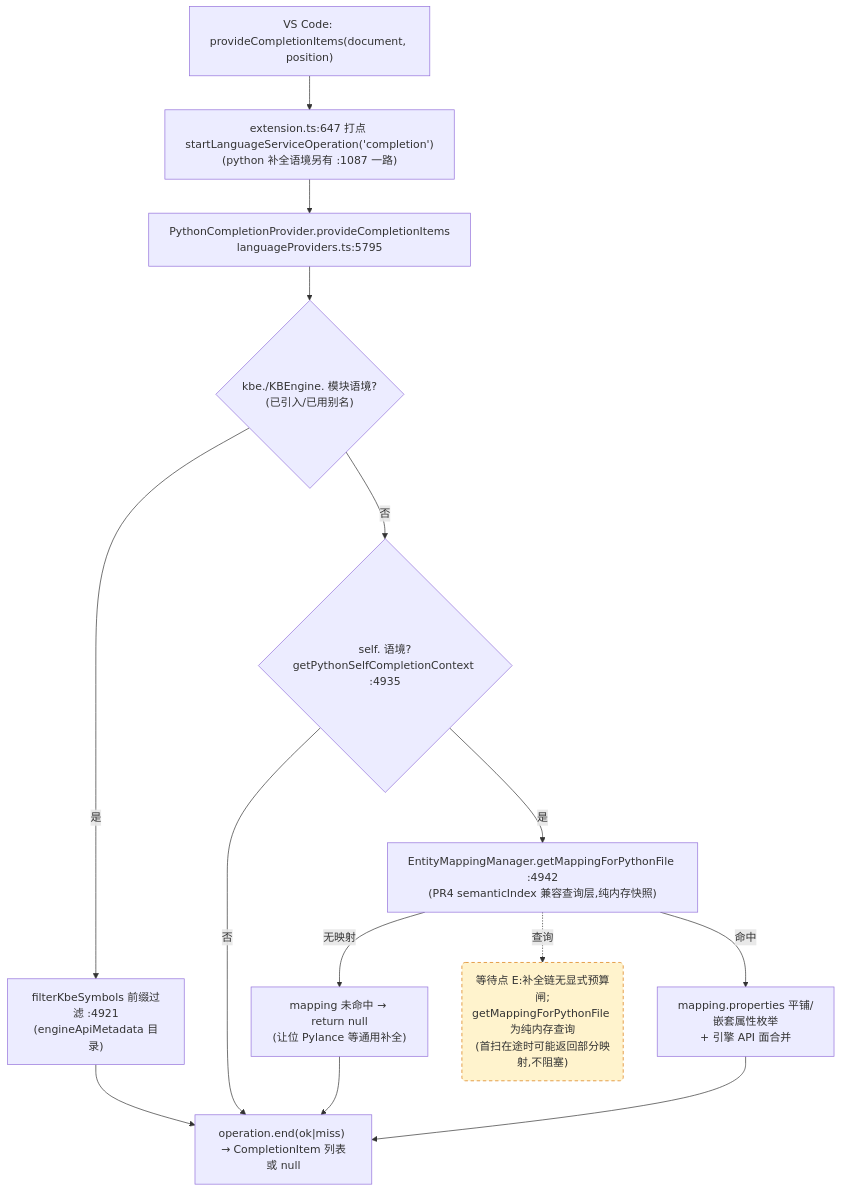
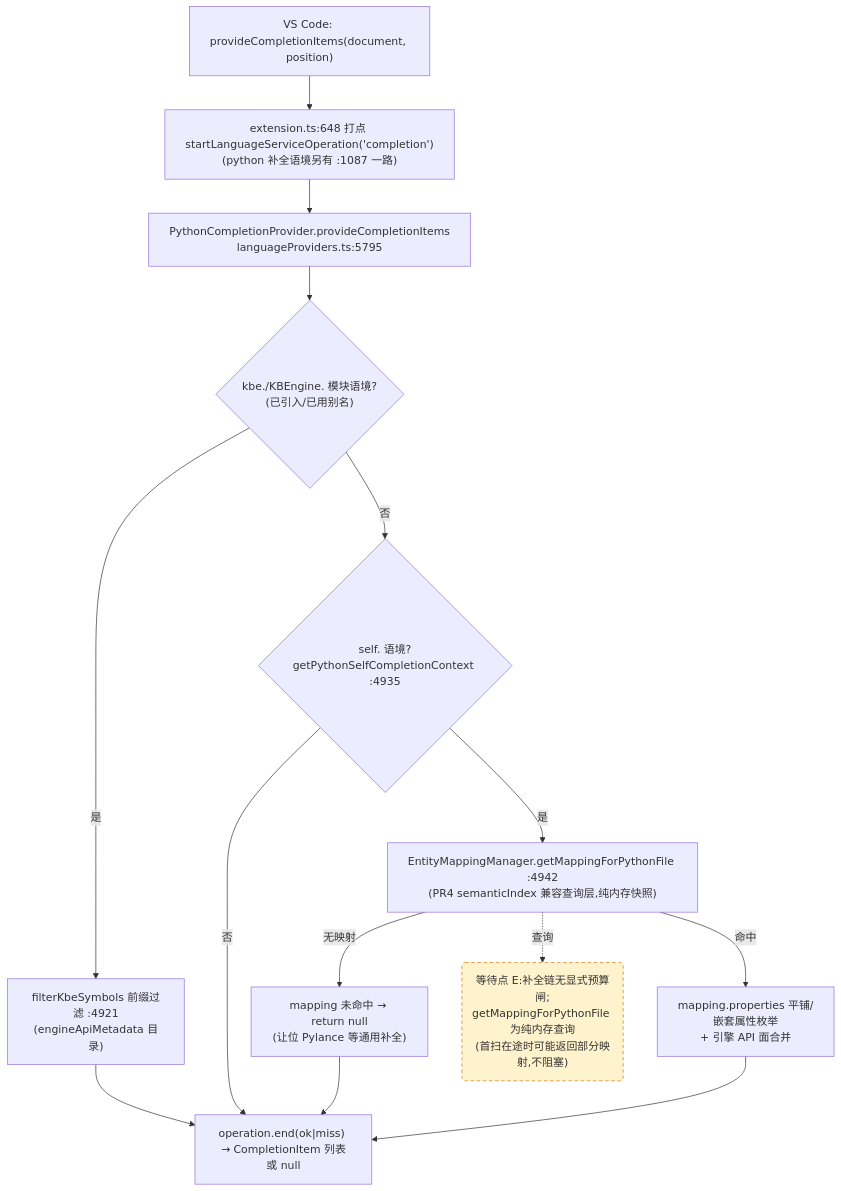
One commit to cuihairu/kode changed the third of 4 diagrams in docs/perf/2026-baseline.md. Above: the diagram before and after it, drawn with Mermaid. The commit also changed other lines of this file and 8 other files, not shown here.

````diff
--- a/docs/perf/2026-baseline.md
+++ b/docs/perf/2026-baseline.md
@@ -184,27 +184,27 @@
 ```mermaid
 flowchart TD
   VC3["VS Code: provideCompletionItems(document, position)"]
-  M3["extension.ts:647 打点 startLanguageServiceOperation('completion')<br/>(python 补全语境另有 :1087 一路)"]
+  M3["extension.ts:648 打点 startLanguageServiceOperation('completion')<br/>(python 补全语境另有 :1087 一路)"]
   CP["PythonCompletionProvider.provideCompletionItems<br/>languageProviders.ts:5795"]
   KBEC{"kbe./KBEngine. 模块语境?<br/>(已引入/已用别名)"}
   FILTER["filterKbeSymbols 前缀过滤 :4921<br/>(engineApiMetadata 目录)"]
   SELFC{"self. 语境?<br/>getPythonSelfCompletionContext :4935"}
   MAP["EntityMappingManager.getMappingForPythonFile :4942<br/>(PR4 semanticIndex 兼容查询层,纯内存快照)"]
   NOMAP["mapping 未命中 → return null<br/>(让位 Pylance 等通用补全)"]
   PROPS["mapping.properties 平铺/嵌套属性枚举<br/>+ 引擎 API 面合并"]
   END3["operation.end(ok|miss) → CompletionItem 列表或 null"]
 
   VC3 --> M3 --> CP --> KBEC
   KBEC -- "是" --> FILTER --> END3
   KBEC -- "否" --> SELFC
   SELFC -- "否" --> END3
   SELFC -- "是" --> MAP
   MAP -- "无映射" --> NOMAP --> END3
   MAP -- "命中" --> PROPS --> END3
 
   WAITE("等待点 E:补全链无显式预算闸;<br/>getMappingForPythonFile 为纯内存查询<br/>(首扫在途时可能返回部分映射,不阻塞)")
   MAP -.->|查询| WAITE
 
   classDef waitPoint fill:#fff3cd,stroke:#d97706,stroke-dasharray:5 4;
   class WAITE waitPoint;
 ```
````
